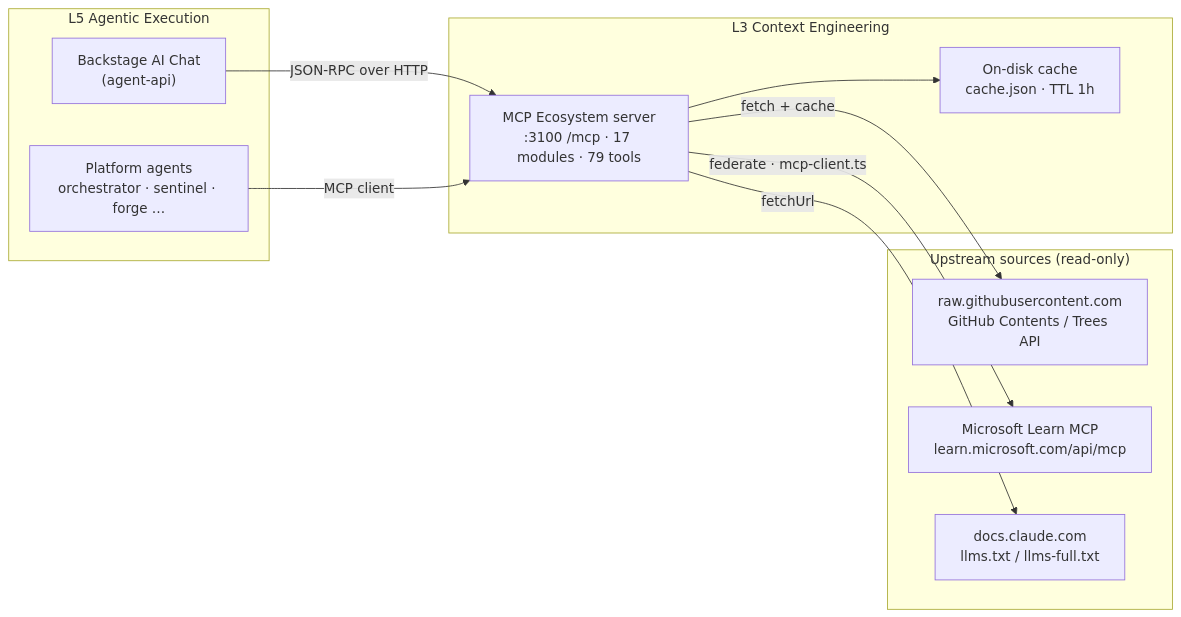
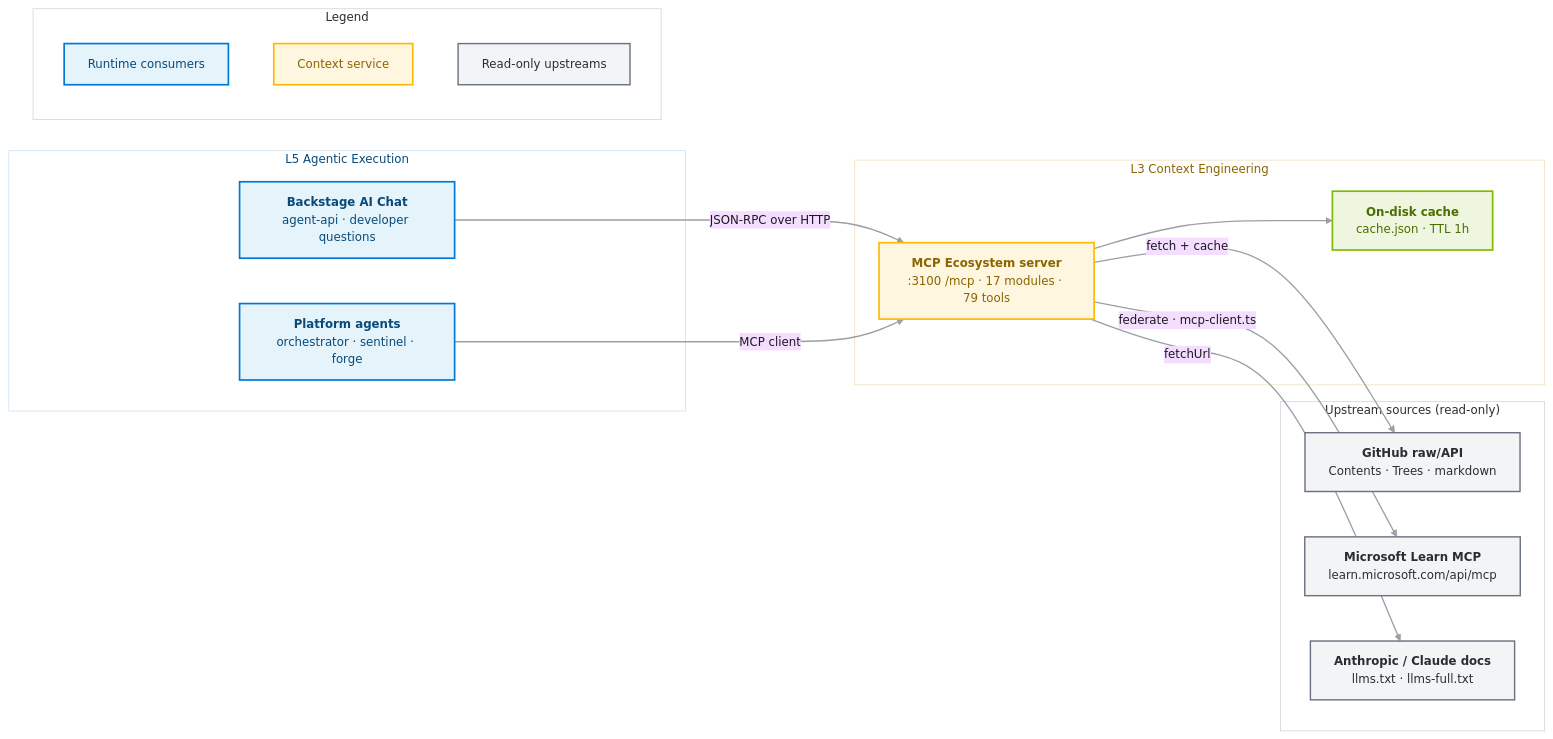
One commit to Ohorizons/ohorizons-lastest changed the first of 5 diagrams in mcp-servers/ARCHITECTURE.md. Above: the diagram before and after it, drawn with Mermaid. The commit also changed other lines of this file and 43 other files, not shown here.

First line of the commit message:
Update documentation and configuration for Azure Managed Redis and architecture diagrams

````diff
--- a/mcp-servers/ARCHITECTURE.md
+++ b/mcp-servers/ARCHITECTURE.md
@@ -35,23 +35,45 @@
 ```mermaid
+%%{init: {'theme':'base','themeVariables':{'background':'#FFFFFF','mainBkg':'#FFFFFF','fontFamily':'Segoe UI, system-ui, sans-serif','fontSize':'14px','primaryTextColor':'#1B1B1F','lineColor':'#9AA0A6','clusterBkg':'#FFFFFF','clusterBorder':'#D0D7DE'},'flowchart':{'curve':'basis','padding':14,'nodeSpacing':54,'rankSpacing':58}}}%%
 flowchart LR
     subgraph L5["L5 Agentic Execution"]
-        AIChat["Backstage AI Chat<br/>(agent-api)"]
-        Agents["Platform agents<br/>orchestrator · sentinel · forge …"]
+    AIChat["<b>Backstage AI Chat</b><br/>agent-api · developer questions"]
+    Agents["<b>Platform agents</b><br/>orchestrator · sentinel · forge"]
     end
     subgraph L3["L3 Context Engineering"]
-        ECO["MCP Ecosystem server<br/>:3100 /mcp · 17 modules · 79 tools"]
-        CACHE["On-disk cache<br/>cache.json · TTL 1h"]
+    ECO["<b>MCP Ecosystem server</b><br/>:3100 /mcp · 17 modules · 79 tools"]
+    CACHE["<b>On-disk cache</b><br/>cache.json · TTL 1h"]
     end
     subgraph UP["Upstream sources (read-only)"]
-        GH["raw.githubusercontent.com<br/>GitHub Contents / Trees API"]
-        MSL["Microsoft Learn MCP<br/>learn.microsoft.com/api/mcp"]
-        CL["docs.claude.com<br/>llms.txt / llms-full.txt"]
+    GH["<b>GitHub raw/API</b><br/>Contents · Trees · markdown"]
+    MSL["<b>Microsoft Learn MCP</b><br/>learn.microsoft.com/api/mcp"]
+    CL["<b>Anthropic / Claude docs</b><br/>llms.txt · llms-full.txt"]
     end
 
     AIChat -->|JSON-RPC over HTTP| ECO
     Agents -->|MCP client| ECO
     ECO --> CACHE
     ECO -->|fetch + cache| GH
     ECO -->|federate · mcp-client.ts| MSL
     ECO -->|fetchUrl| CL
+
+    subgraph Legend["Legend"]
+      LG1["Runtime consumers"]
+      LG2["Context service"]
+      LG3["Read-only upstreams"]
+    end
+
+    classDef consumer fill:#E5F3FB,stroke:#0078D4,stroke-width:2px,color:#084A7A;
+    classDef context fill:#FFF6E0,stroke:#FFB900,stroke-width:2px,color:#8A6500;
+    classDef upstream fill:#F3F4F6,stroke:#6B7280,stroke-width:1.7px,color:#2A2D31;
+    classDef cache fill:#EFF6E0,stroke:#7FBA00,stroke-width:2px,color:#4A6E00;
+
+    class AIChat,Agents,LG1 consumer
+    class ECO,LG2 context
+    class GH,MSL,CL,LG3 upstream
+    class CACHE cache
+    style L5 fill:#FFFFFF,stroke:#CFE4F2,stroke-width:1px,color:#084A7A
+    style L3 fill:#FFFFFF,stroke:#F0E2BF,stroke-width:1px,color:#8A6500
+    style UP fill:#FFFFFF,stroke:#D0D7DE,stroke-width:1px,color:#2A2D31
+    style Legend fill:#FFFFFF,stroke:#D0D7DE,stroke-width:1px,color:#2A2D31
+    linkStyle default stroke:#9AA0A6,stroke-width:1.6px
 ```
````
